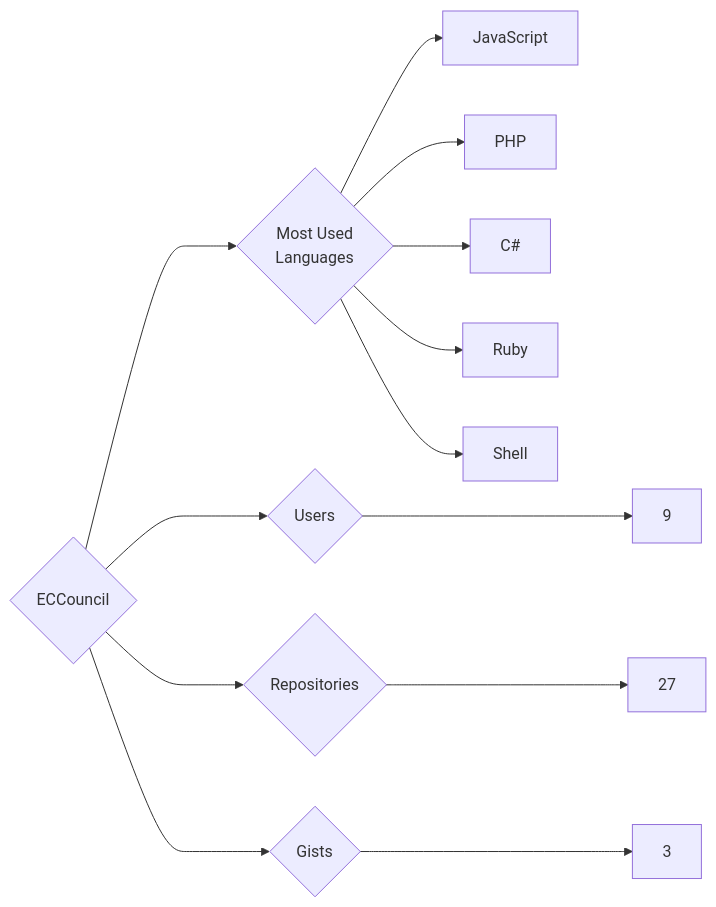
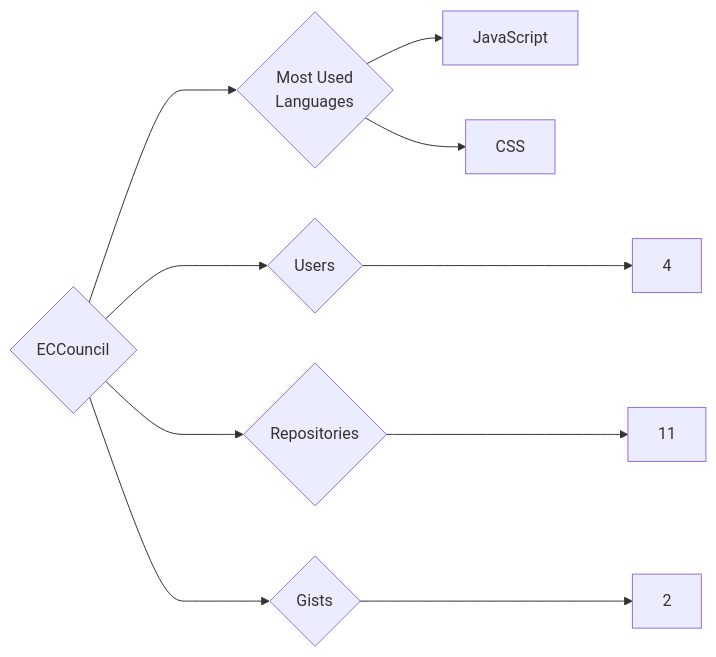
The diagram in targets/ECCouncil/README.md (trickest/insiders), drawn with Mermaid before and after one commit. The commit also changed 933 other files, not shown here.

````diff
--- a/targets/ECCouncil/README.md
+++ b/targets/ECCouncil/README.md
@@ -3,13 +3,10 @@
 ```mermaid
 graph LR
 COMPANY_NAME{ECCouncil}
-COMPANY_NAME ---> U{Users} ---> UN[9]
-COMPANY_NAME ---> R{Repositories} ---> RN[27]
-COMPANY_NAME ---> G{Gists} ---> GN[3]
+COMPANY_NAME ---> U{Users} ---> UN[4]
+COMPANY_NAME ---> R{Repositories} ---> RN[11]
+COMPANY_NAME ---> G{Gists} ---> GN[2]
 COMPANY_NAME ---> ML{Most Used<br>Languages}
 ML --> JavaScript[JavaScript]
-ML --> PHP[PHP]
-ML --> C#[C#]
-ML --> Ruby[Ruby]
-ML --> Shell[Shell]
+ML --> CSS[CSS]
 ```
````
